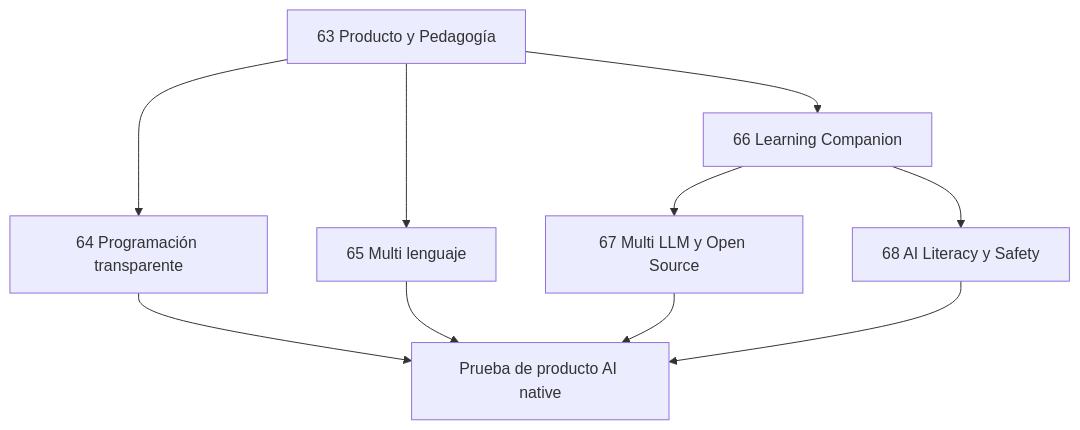
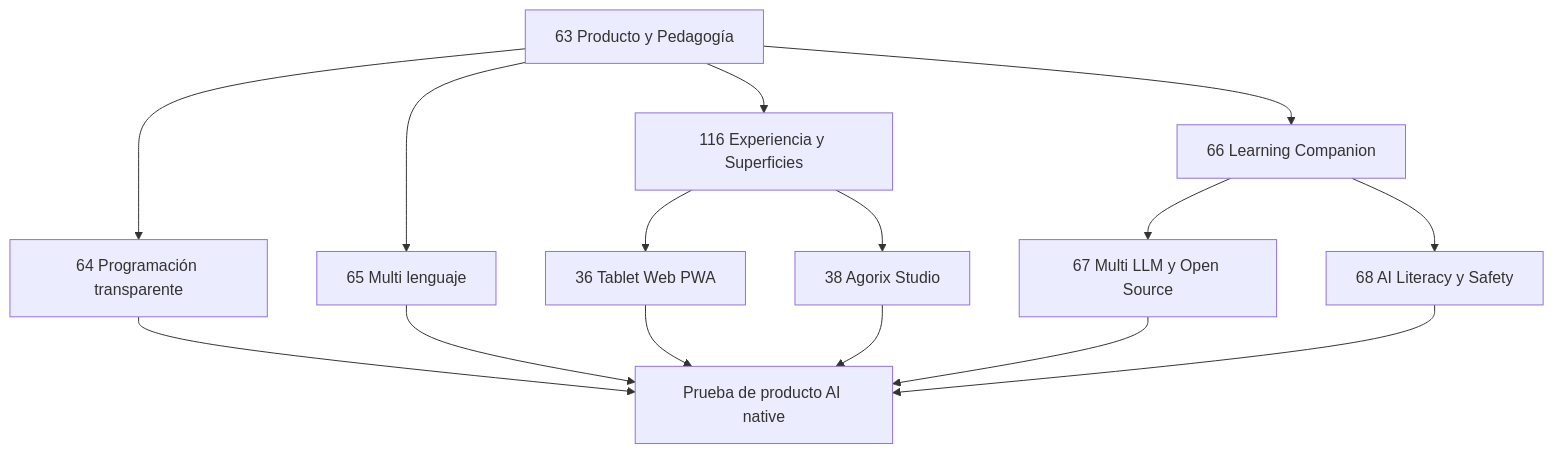
Diagram 19 of 21 in README.es.md (Modern-Ash/agorix), drawn with Mermaid before and after one commit. The commit also changed other lines of this file, not shown here.

Commit message:
docs: describir arquitectura UX tablet-first y Agorix Studio

````diff
--- a/README.es.md
+++ b/README.es.md
@@ -647,12 +806,17 @@
 ```mermaid
 flowchart TD
-    E63[63 Producto y Pedagogía] --> E64[64 Programación transparente]
+    E63[63 Producto y Pedagogía] --> E116[116 Experiencia y Superficies]
+    E63 --> E64[64 Programación transparente]
     E63 --> E65[65 Multi lenguaje]
     E63 --> E66[66 Learning Companion]
     E66 --> E67[67 Multi LLM y Open Source]
     E66 --> E68[68 AI Literacy y Safety]
+    E116 --> WEB[36 Tablet Web PWA]
+    E116 --> STUDIO[38 Agorix Studio]
     E64 --> PROOF[Prueba de producto AI native]
     E65 --> PROOF
+    WEB --> PROOF
+    STUDIO --> PROOF
     E67 --> PROOF
     E68 --> PROOF
 ```
````
